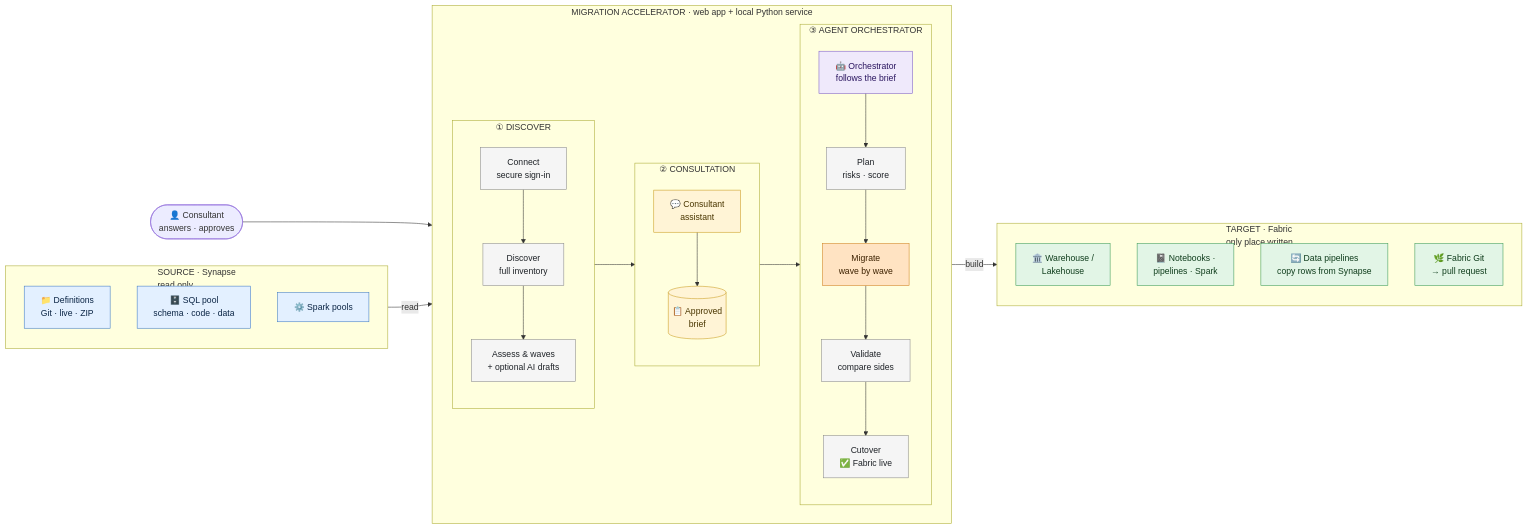
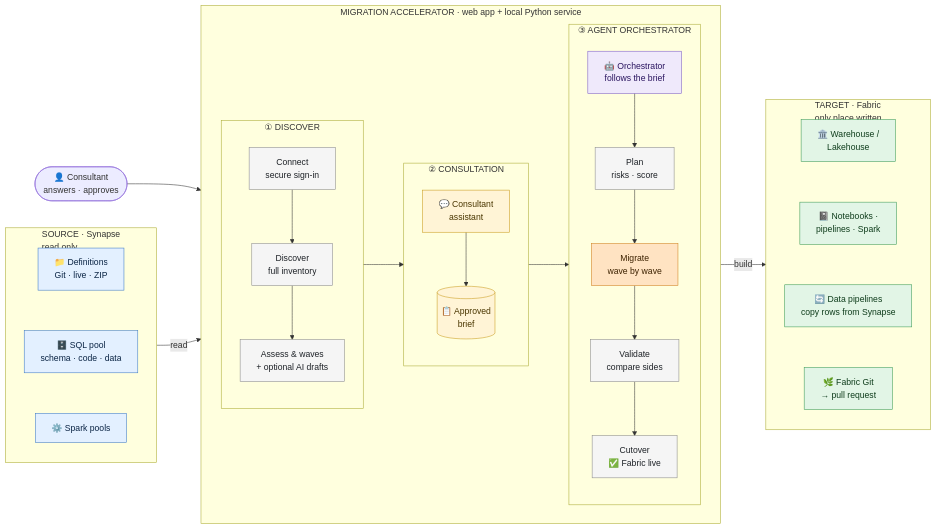
One commit to maneesha26625/synapse_fabric_migration_project changed the second of 4 diagrams in SYNAPSE_TO_FABRIC_ARCHITECTURE.md. Above: the diagram before and after it, drawn with Mermaid. The commit also changed 2 other files, not shown here.

Commit message:
Align the architecture diagram columns and add the PDF version

````diff
--- a/SYNAPSE_TO_FABRIC_ARCHITECTURE.md
+++ b/SYNAPSE_TO_FABRIC_ARCHITECTURE.md
@@ -85,63 +85,65 @@
 ```mermaid
 flowchart LR
   OP(["👤 Consultant<br/>answers · approves"])
 
   subgraph SRC["SOURCE · Synapse<br/>read only"]
     direction TB
     S1["📁 Definitions<br/>Git · live · ZIP"]
     S2["🗄️ SQL pool<br/>schema · code · data"]
     S3["⚙️ Spark pools"]
+    S1 ~~~ S2 ~~~ S3
   end
 
   subgraph ACC["MIGRATION ACCELERATOR · web app + local Python service"]
     direction LR
     subgraph PH1["① DISCOVER"]
       direction TB
       J1["Connect<br/>secure sign-in"]
       J2["Discover<br/>full inventory"]
       J3["Assess & waves<br/>+ optional AI drafts"]
       J1 --> J2 --> J3
     end
     subgraph PH2["② CONSULTATION"]
       direction TB
       C1["💬 Consultant<br/>assistant"]
       C2[("📋 Approved<br/>brief")]
       C1 --> C2
     end
     subgraph PH3["③ AGENT ORCHESTRATOR"]
       direction TB
       O0["🤖 Orchestrator<br/>follows the brief"]
       J5["Plan<br/>risks · score"]
       J6["Migrate<br/>wave by wave"]
       J7["Validate<br/>compare sides"]
       J8["Cutover<br/>✅ Fabric live"]
       O0 --> J5 --> J6 --> J7 --> J8
     end
     PH1 --> PH2 --> PH3
   end
 
   subgraph TGT["TARGET · Fabric<br/>only place written"]
     direction TB
     T1["🏛️ Warehouse /<br/>Lakehouse"]
     T2["📓 Notebooks ·<br/>pipelines · Spark"]
     T3["🔄 Data pipelines<br/>copy rows from Synapse"]
     T4["🌿 Fabric Git<br/>→ pull request"]
+    T1 ~~~ T2 ~~~ T3 ~~~ T4
   end
 
   OP --> ACC
   SRC -- "read" --> ACC
   ACC -- "build" --> TGT
 
   classDef src fill:#e3f0ff,stroke:#3b78c4,color:#0b2545
   classDef step fill:#f5f5f5,stroke:#8a8a8a,color:#1f2328
   classDef consult fill:#fff4d6,stroke:#c99a1c,color:#4a3600
   classDef agent fill:#efe9fb,stroke:#7a5bc7,color:#2b1660
   classDef write fill:#ffe3c2,stroke:#d0801e,color:#3d2200
   classDef tgt fill:#e2f5e6,stroke:#3a9a55,color:#0f3d1c
   class S1,S2,S3 src
   class J1,J2,J3,J5,J7,J8 step
   class C1,C2 consult
   class O0 agent
   class J6 write
   class T1,T2,T3,T4 tgt
 ```
````
